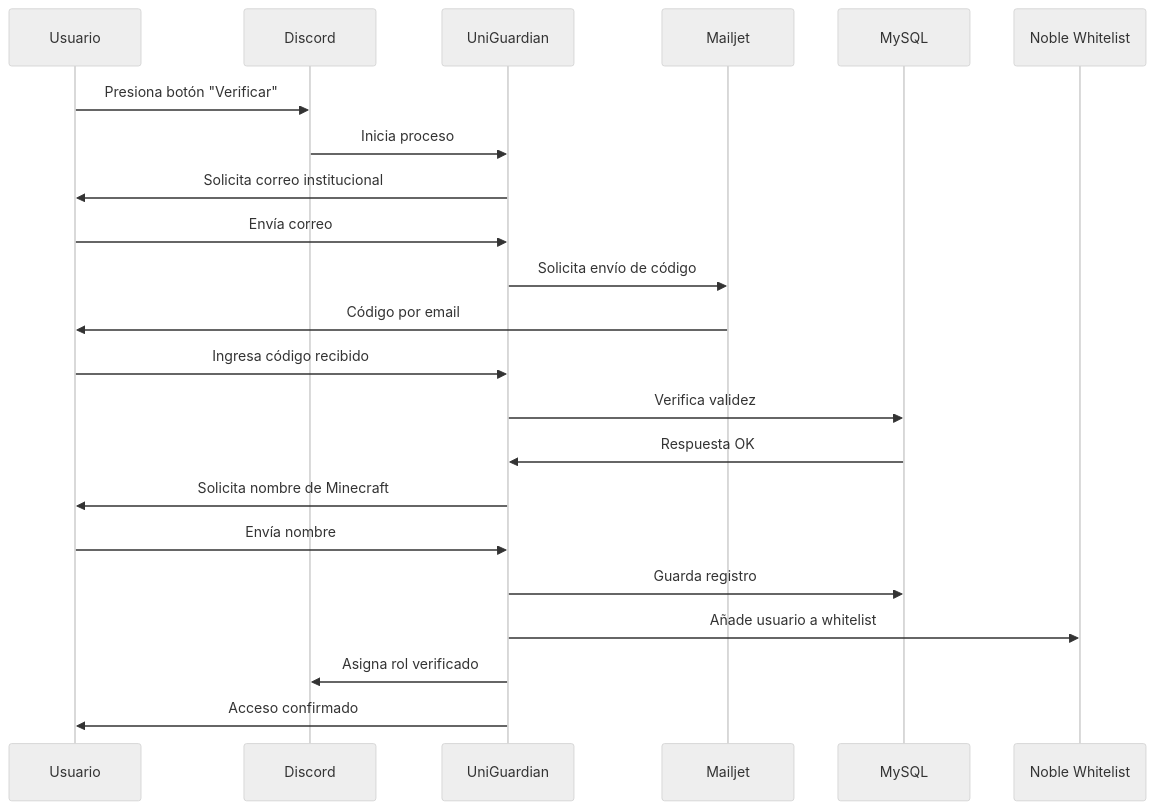
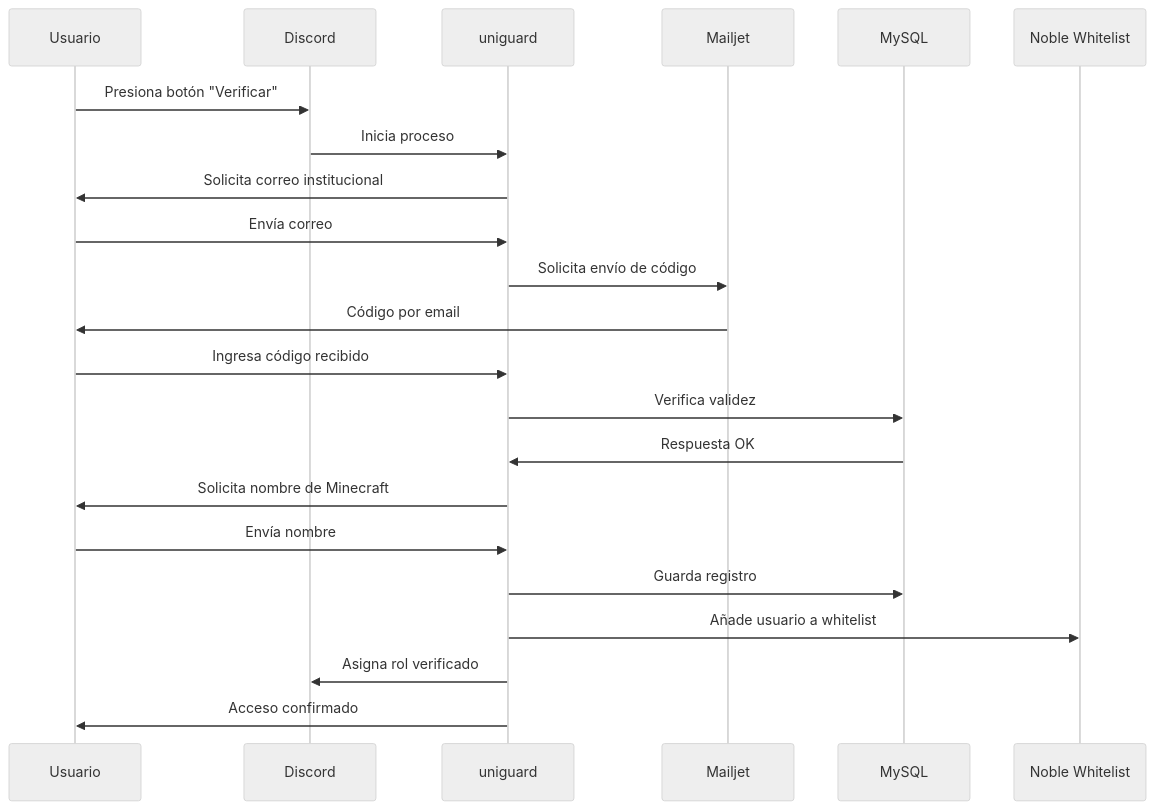
Before and after one commit to bill-mccoy/UniGuard: the second of 2 diagrams in README.md, drawn with Mermaid (neutral theme). The commit also changed other lines of this file, not shown here.

````diff
--- a/README.md
+++ b/README.md
@@ -81,25 +81,25 @@
 ```mermaid
 sequenceDiagram
     participant U as Usuario
     participant D as Discord
-    participant G as UniGuardian
+    participant G as uniguard
     participant M as Mailjet
     participant DB as MySQL
     participant NW as Noble Whitelist
 
     U->>D: Presiona botón "Verificar"
     D->>G: Inicia proceso
     G->>U: Solicita correo institucional
     U->>G: Envía correo
     G->>M: Solicita envío de código
     M->>U: Código por email
     U->>G: Ingresa código recibido
     G->>DB: Verifica validez
     DB->>G: Respuesta OK
     G->>U: Solicita nombre de Minecraft
     U->>G: Envía nombre
     G->>DB: Guarda registro
     G->>NW: Añade usuario a whitelist
     G->>D: Asigna rol verificado
     G->>U: Acceso confirmado
 ```
````
